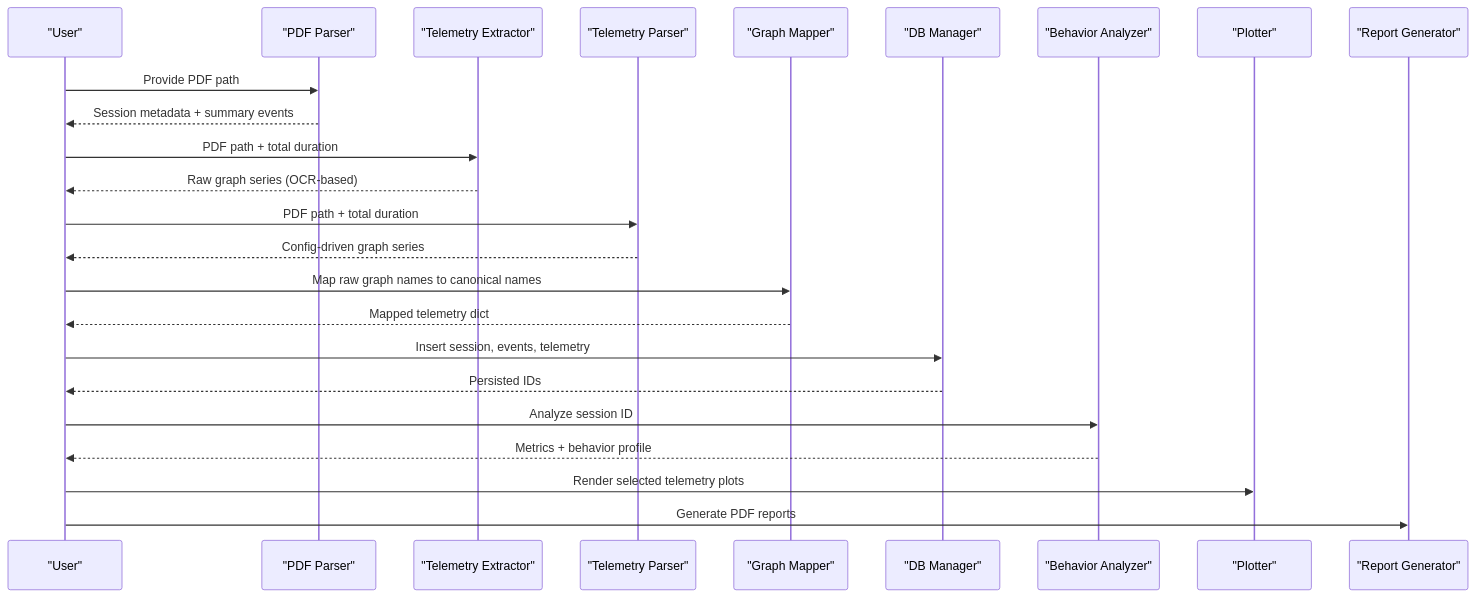
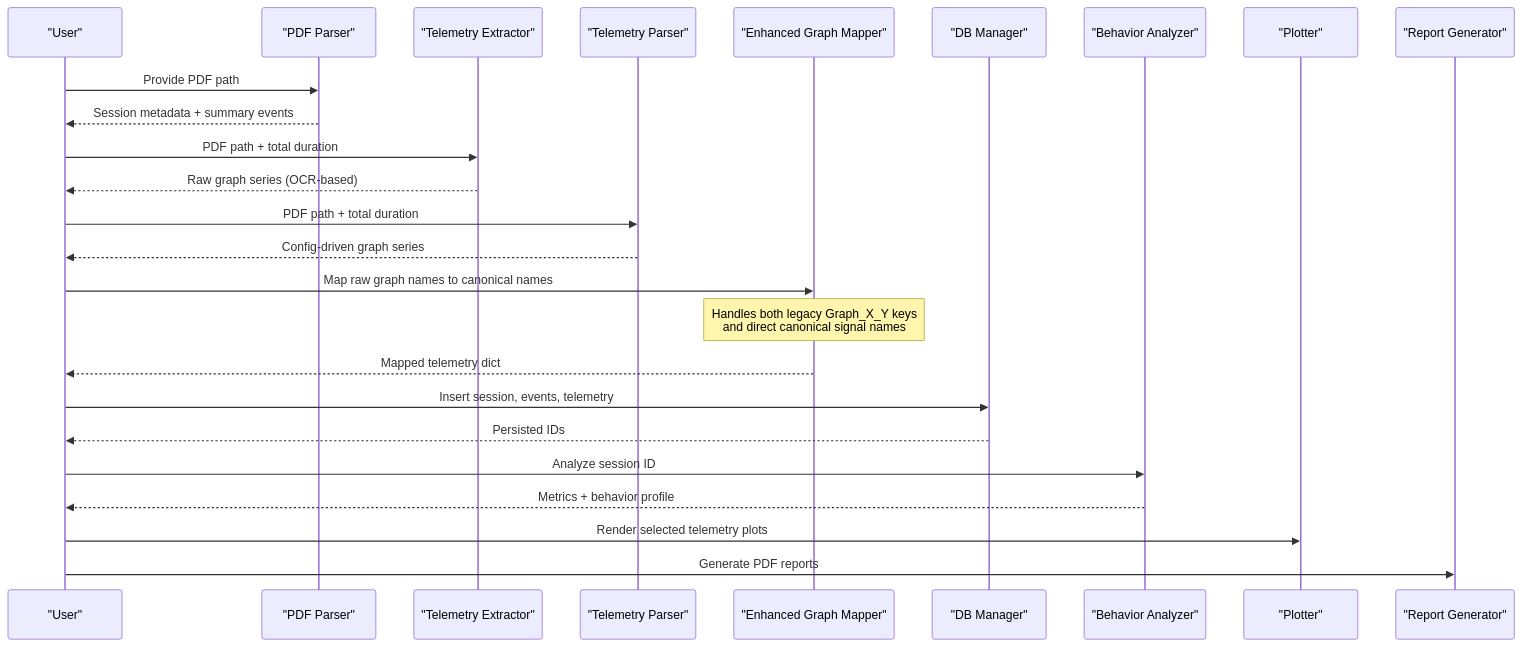
Before and after one commit to AgusCatra/Proyecto-titan.v2: the second of 7 diagrams in .qoder/repowiki/en/content/Core Processing Engine/Telemetry Processing.md, drawn with Mermaid. The commit also changed other lines of this file and 36 other files, not shown here.

````diff
--- a/.qoder/repowiki/en/content/Core Processing Engine/Telemetry Processing.md
+++ b/.qoder/repowiki/en/content/Core Processing Engine/Telemetry Processing.md
@@ -99,26 +108,27 @@
 ```mermaid
 sequenceDiagram
 participant U as "User"
 participant PP as "PDF Parser"
 participant TE as "Telemetry Extractor"
 participant TP as "Telemetry Parser"
-participant GM as "Graph Mapper"
+participant GM as "Enhanced Graph Mapper"
 participant DB as "DB Manager"
 participant BA as "Behavior Analyzer"
 participant PL as "Plotter"
 participant RG as "Report Generator"
 U->>PP : Provide PDF path
 PP-->>U : Session metadata + summary events
 U->>TE : PDF path + total duration
 TE-->>U : Raw graph series (OCR-based)
 U->>TP : PDF path + total duration
 TP-->>U : Config-driven graph series
 U->>GM : Map raw graph names to canonical names
+Note over GM : Handles both legacy Graph_X_Y keys<br/>and direct canonical signal names
 GM-->>U : Mapped telemetry dict
 U->>DB : Insert session, events, telemetry
 DB-->>U : Persisted IDs
 U->>BA : Analyze session ID
 BA-->>U : Metrics + behavior profile
 U->>PL : Render selected telemetry plots
 U->>RG : Generate PDF reports
 ```
````
